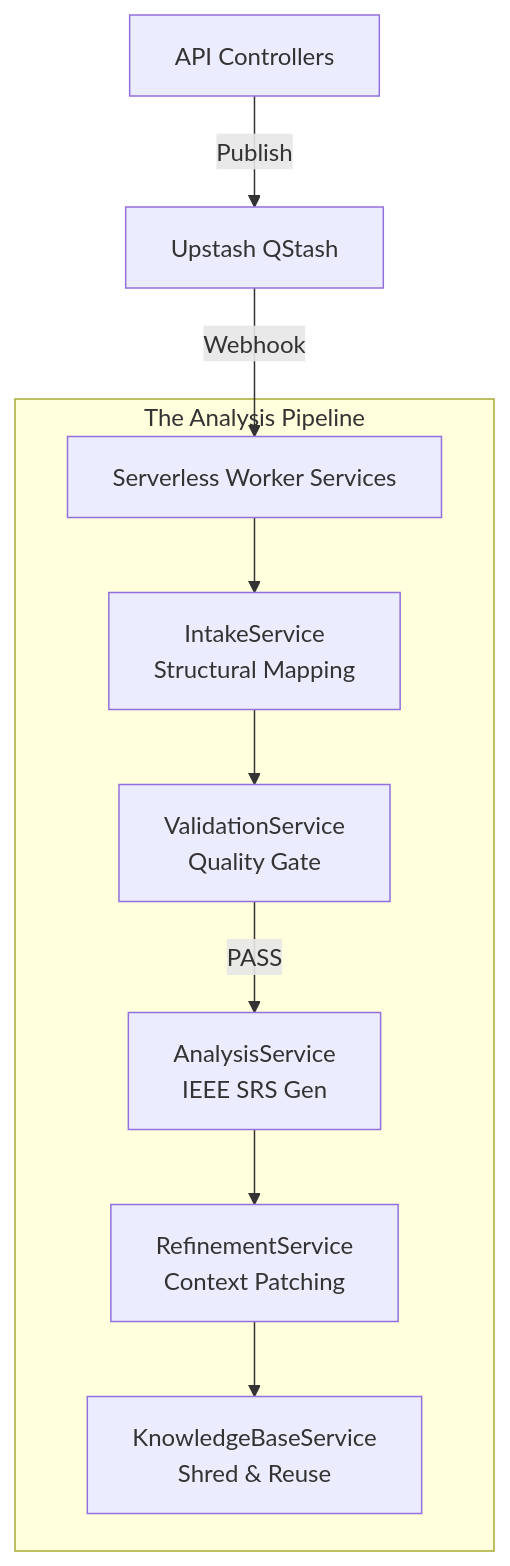
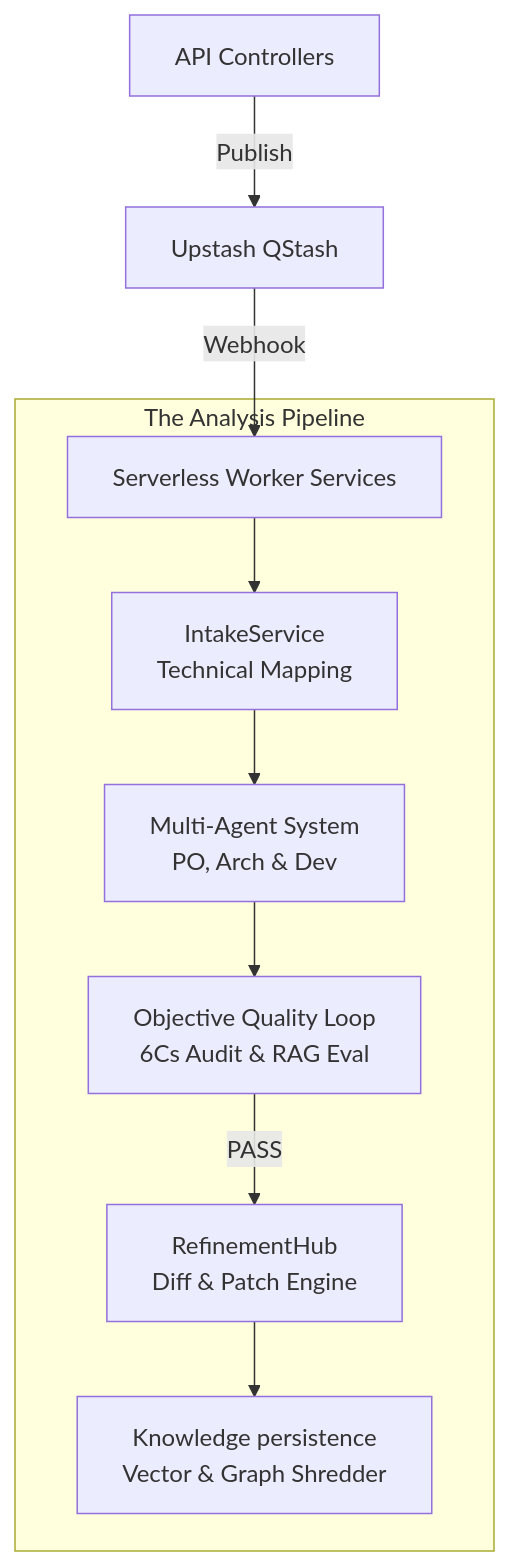
One commit to Aniket-a14/SRA changed the diagram in backend/README.md. Above: the diagram before and after it, drawn with Mermaid. The commit also changed other lines of this file and 6 other files, not shown here.

Commit message:
docs: Add comprehensive documentation for backend architecture, operations, and project roadmap, including system overview diagrams.

````diff
--- a/backend/README.md
+++ b/backend/README.md
@@ -14,13 +14,13 @@
 ```mermaid
 graph TD
     A[API Controllers] -->|Publish| Q[Upstash QStash]
     Q -->|Webhook| W[Serverless Worker Services]
 
     subgraph "The Analysis Pipeline"
-        W --> L1[IntakeService<br/>Structural Mapping]
-        L1 --> L2[ValidationService<br/>Quality Gate]
-        L2 -->|PASS| L3[AnalysisService<br/>IEEE SRS Gen]
-        L3 --> L4[RefinementService<br/>Context Patching]
-        L4 --> L5[KnowledgeBaseService<br/>Shred & Reuse]
+        W --> L1[IntakeService<br/>Technical Mapping]
+        L1 --> L2[Multi-Agent System<br/>PO, Arch & Dev]
+        L2 --> L3[Objective Quality Loop<br/>6Cs Audit & RAG Eval]
+        L3 -->|PASS| L4[RefinementHub<br/>Diff & Patch Engine]
+        L4 --> L5[Knowledge persistence<br/>Vector & Graph Shredder]
     end
 ```
````
